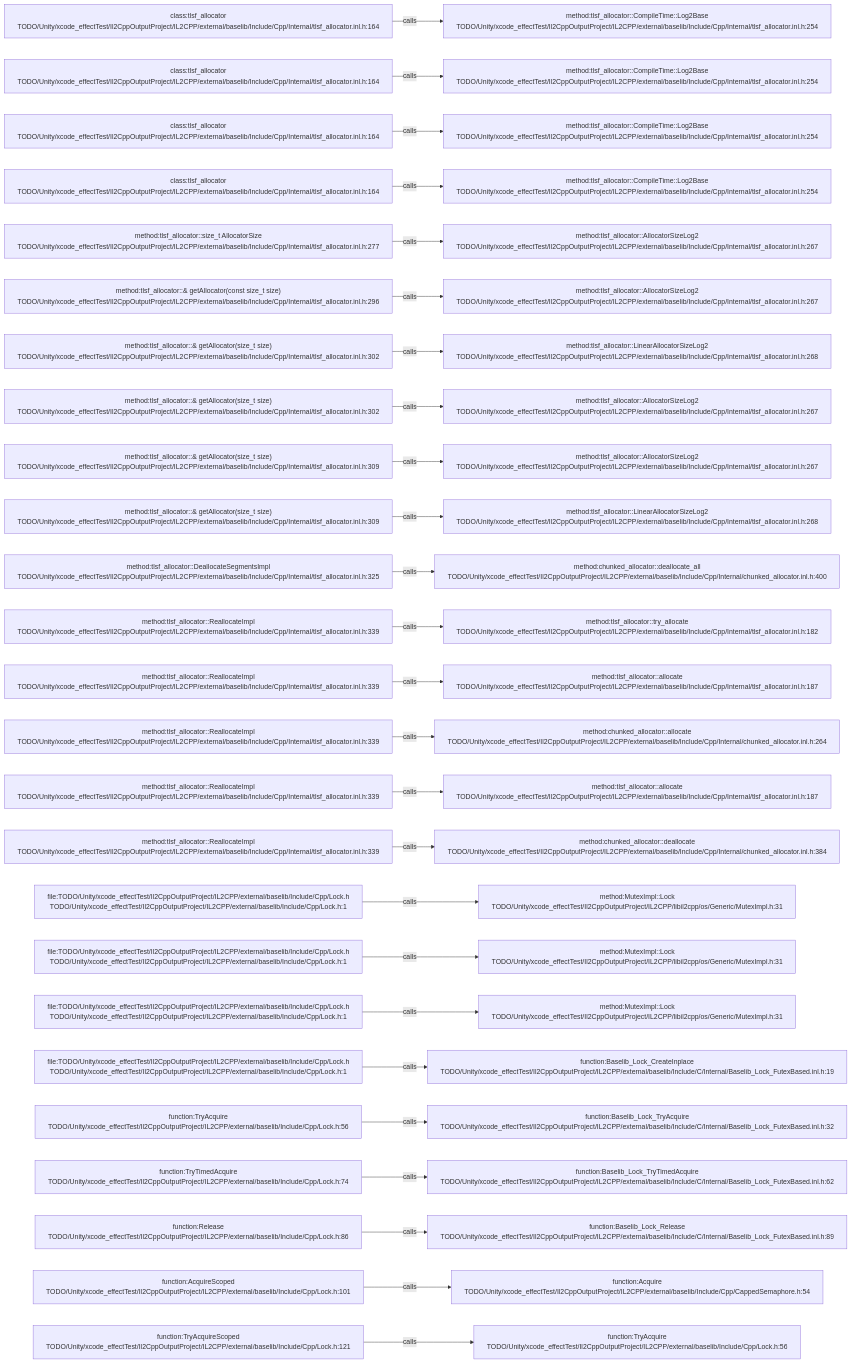
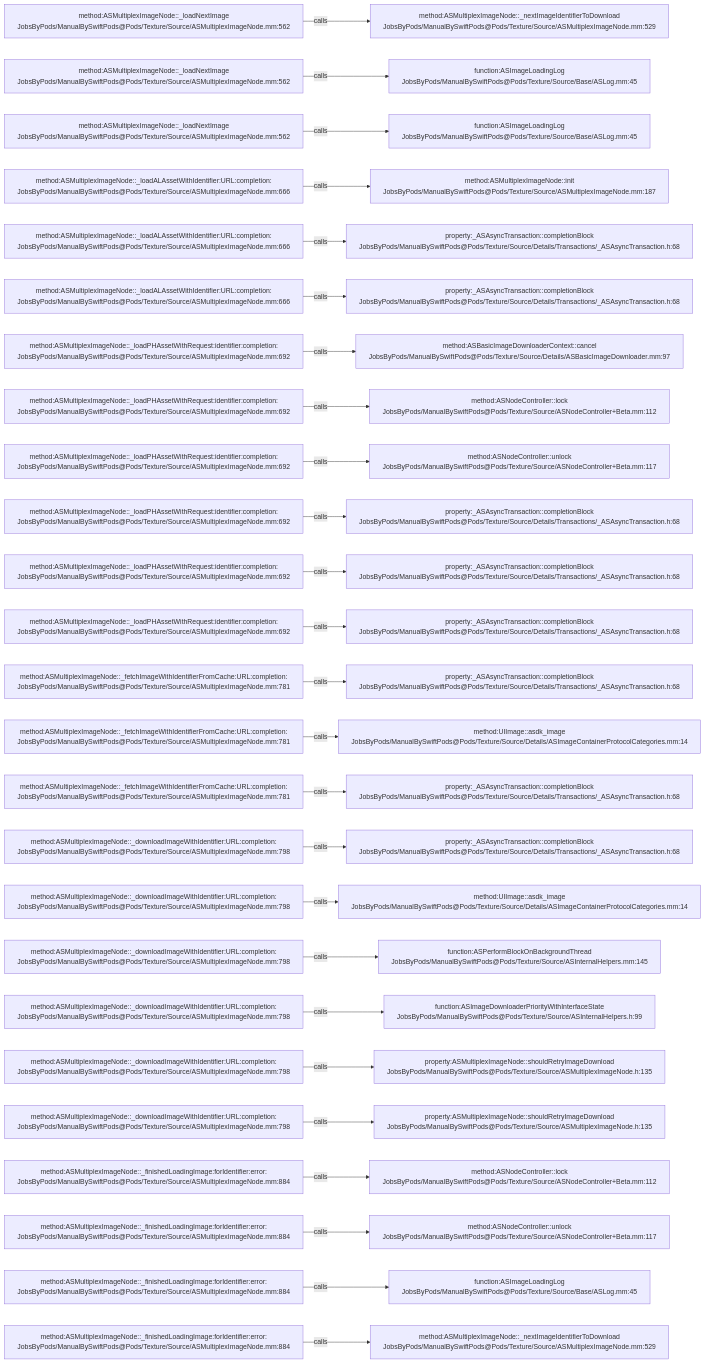
One commit to JobsKits/JobsSwiftBaseConfigDemo changed the diagram in .codegraph/codegraph.md/graphs/calls-067.md. Above: the diagram before and after it, drawn with Mermaid. The commit also changed 2959 other files, not shown here.

````diff
--- a/.codegraph/codegraph.md/graphs/calls-067.md
+++ b/.codegraph/codegraph.md/graphs/calls-067.md
@@ -13,78 +13,78 @@
 ```mermaid
 flowchart LR
-  S1["class:tlsf_allocator<br/>TODO/Unity/xcode_effectTest/Il2CppOutputProject/IL2CPP/external/baselib/Include/Cpp/Internal/tlsf_allocator.inl.h:164"]
-  T1["method:tlsf_allocator::CompileTime::Log2Base<br/>TODO/Unity/xcode_effectTest/Il2CppOutputProject/IL2CPP/external/baselib/Include/Cpp/Internal/tlsf_allocator.inl.h:254"]
+  S1["method:ASMultiplexImageNode::_loadNextImage<br/>JobsByPods/ManualBySwiftPods@Pods/Texture/Source/ASMultiplexImageNode.mm:562"]
+  T1["method:ASMultiplexImageNode::_nextImageIdentifierToDownload<br/>JobsByPods/ManualBySwiftPods@Pods/Texture/Source/ASMultiplexImageNode.mm:529"]
   S1 -->|calls| T1
-  S2["class:tlsf_allocator<br/>TODO/Unity/xcode_effectTest/Il2CppOutputProject/IL2CPP/external/baselib/Include/Cpp/Internal/tlsf_allocator.inl.h:164"]
-  T2["method:tlsf_allocator::CompileTime::Log2Base<br/>TODO/Unity/xcode_effectTest/Il2CppOutputProject/IL2CPP/external/baselib/Include/Cpp/Internal/tlsf_allocator.inl.h:254"]
+  S2["method:ASMultiplexImageNode::_loadNextImage<br/>JobsByPods/ManualBySwiftPods@Pods/Texture/Source/ASMultiplexImageNode.mm:562"]
+  T2["function:ASImageLoadingLog<br/>JobsByPods/ManualBySwiftPods@Pods/Texture/Source/Base/ASLog.mm:45"]
   S2 -->|calls| T2
-  S3["class:tlsf_allocator<br/>TODO/Unity/xcode_effectTest/Il2CppOutputProject/IL2CPP/external/baselib/Include/Cpp/Internal/tlsf_allocator.inl.h:164"]
-  T3["method:tlsf_allocator::CompileTime::Log2Base<br/>TODO/Unity/xcode_effectTest/Il2CppOutputProject/IL2CPP/external/baselib/Include/Cpp/Internal/tlsf_allocator.inl.h:254"]
+  S3["method:ASMultiplexImageNode::_loadNextImage<br/>JobsByPods/ManualBySwiftPods@Pods/Texture/Source/ASMultiplexImageNode.mm:562"]
+  T3["function:ASImageLoadingLog<br/>JobsByPods/ManualBySwiftPods@Pods/Texture/Source/Base/ASLog.mm:45"]
   S3 -->|calls| T3
-  S4["class:tlsf_allocator<br/>TODO/Unity/xcode_effectTest/Il2CppOutputProject/IL2CPP/external/baselib/Include/Cpp/Internal/tlsf_allocator.inl.h:164"]
-  T4["method:tlsf_allocator::CompileTime::Log2Base<br/>TODO/Unity/xcode_effectTest/Il2CppOutputProject/IL2CPP/external/baselib/Include/Cpp/Internal/tlsf_allocator.inl.h:254"]
+  S4["method:ASMultiplexImageNode::_loadALAssetWithIdentifier:URL:completion:<br/>JobsByPods/ManualBySwiftPods@Pods/Texture/Source/ASMultiplexImageNode.mm:666"]
+  T4["method:ASMultiplexImageNode::init<br/>JobsByPods/ManualBySwiftPods@Pods/Texture/Source/ASMultiplexImageNode.mm:187"]
   S4 -->|calls| T4
-  S5["method:tlsf_allocator::size_t AllocatorSize<br/>TODO/Unity/xcode_effectTest/Il2CppOutputProject/IL2CPP/external/baselib/Include/Cpp/Internal/tlsf_allocator.inl.h:277"]
-  T5["method:tlsf_allocator::AllocatorSizeLog2<br/>TODO/Unity/xcode_effectTest/Il2CppOutputProject/IL2CPP/external/baselib/Include/Cpp/Internal/tlsf_allocator.inl.h:267"]
+  S5["method:ASMultiplexImageNode::_loadALAssetWithIdentifier:URL:completion:<br/>JobsByPods/ManualBySwiftPods@Pods/Texture/Source/ASMultiplexImageNode.mm:666"]
+  T5["property:_ASAsyncTransaction::completionBlock<br/>JobsByPods/ManualBySwiftPods@Pods/Texture/Source/Details/Transactions/_ASAsyncTransaction.h:68"]
   S5 -->|calls| T5
-  S6["method:tlsf_allocator::& getAllocator(const size_t size)<br/>TODO/Unity/xcode_effectTest/Il2CppOutputProject/IL2CPP/external/baselib/Include/Cpp/Internal/tlsf_allocator.inl.h:296"]
-  T6["method:tlsf_allocator::AllocatorSizeLog2<br/>TODO/Unity/xcode_effectTest/Il2CppOutputProject/IL2CPP/external/baselib/Include/Cpp/Internal/tlsf_allocator.inl.h:267"]
+  S6["method:ASMultiplexImageNode::_loadALAssetWithIdentifier:URL:completion:<br/>JobsByPods/ManualBySwiftPods@Pods/Texture/Source/ASMultiplexImageNode.mm:666"]
+  T6["property:_ASAsyncTransaction::completionBlock<br/>JobsByPods/ManualBySwiftPods@Pods/Texture/Source/Details/Transactions/_ASAsyncTransaction.h:68"]
   S6 -->|calls| T6
-  S7["method:tlsf_allocator::& getAllocator(size_t size)<br/>TODO/Unity/xcode_effectTest/Il2CppOutputProject/IL2CPP/external/baselib/Include/Cpp/Internal/tlsf_allocator.inl.h:302"]
-  T7["method:tlsf_allocator::LinearAllocatorSizeLog2<br/>TODO/Unity/xcode_effectTest/Il2CppOutputProject/IL2CPP/external/baselib/Include/Cpp/Internal/tlsf_allocator.inl.h:268"]
+  S7["method:ASMultiplexImageNode::_loadPHAssetWithRequest:identifier:completion:<br/>JobsByPods/ManualBySwiftPods@Pods/Texture/Source/ASMultiplexImageNode.mm:692"]
+  T7["method:ASBasicImageDownloaderContext::cancel<br/>JobsByPods/ManualBySwiftPods@Pods/Texture/Source/Details/ASBasicImageDownloader.mm:97"]
   S7 -->|calls| T7
-  S8["method:tlsf_allocator::& getAllocator(size_t size)<br/>TODO/Unity/xcode_effectTest/Il2CppOutputProject/IL2CPP/external/baselib/Include/Cpp/Internal/tlsf_allocator.inl.h:302"]
-  T8["method:tlsf_allocator::AllocatorSizeLog2<br/>TODO/Unity/xcode_effectTest/Il2CppOutputProject/IL2CPP/external/baselib/Include/Cpp/Internal/tlsf_allocator.inl.h:267"]
+  S8["method:ASMultiplexImageNode::_loadPHAssetWithRequest:identifier:completion:<br/>JobsByPods/ManualBySwiftPods@Pods/Texture/Source/ASMultiplexImageNode.mm:692"]
+  T8["method:ASNodeController::lock<br/>JobsByPods/ManualBySwiftPods@Pods/Texture/Source/ASNodeController+Beta.mm:112"]
   S8 -->|calls| T8
-  S9["method:tlsf_allocator::& getAllocator(size_t size)<br/>TODO/Unity/xcode_effectTest/Il2CppOutputProject/IL2CPP/external/baselib/Include/Cpp/Internal/tlsf_allocator.inl.h:309"]
-  T9["method:tlsf_allocator::AllocatorSizeLog2<br/>TODO/Unity/xcode_effectTest/Il2CppOutputProject/IL2CPP/external/baselib/Include/Cpp/Internal/tlsf_allocator.inl.h:267"]
+  S9["method:ASMultiplexImageNode::_loadPHAssetWithRequest:identifier:completion:<br/>JobsByPods/ManualBySwiftPods@Pods/Texture/Source/ASMultiplexImageNode.mm:692"]
+  T9["method:ASNodeController::unlock<br/>JobsByPods/ManualBySwiftPods@Pods/Texture/Source/ASNodeController+Beta.mm:117"]
   S9 -->|calls| T9
-  S10["method:tlsf_allocator::& getAllocator(size_t size)<br/>TODO/Unity/xcode_effectTest/Il2CppOutputProject/IL2CPP/external/baselib/Include/Cpp/Internal/tlsf_allocator.inl.h:309"]
-  T10["method:tlsf_allocator::LinearAllocatorSizeLog2<br/>TODO/Unity/xcode_effectTest/Il2CppOutputProject/IL2CPP/external/baselib/Include/Cpp/Internal/tlsf_allocator.inl.h:268"]
+  S10["method:ASMultiplexImageNode::_loadPHAssetWithRequest:identifier:completion:<br/>JobsByPods/ManualBySwiftPods@Pods/Texture/Source/ASMultiplexImageNode.mm:692"]
+  T10["property:_ASAsyncTransaction::completionBlock<br/>JobsByPods/ManualBySwiftPods@Pods/Texture/Source/Details/Transactions/_ASAsyncTransaction.h:68"]
   S10 -->|calls| T10
-  S11["method:tlsf_allocator::DeallocateSegmentsImpl<br/>TODO/Unity/xcode_effectTest/Il2CppOutputProject/IL2CPP/external/baselib/Include/Cpp/Internal/tlsf_allocator.inl.h:325"]
-  T11["method:chunked_allocator::deallocate_all<br/>TODO/Unity/xcode_effectTest/Il2CppOutputProject/IL2CPP/external/baselib/Include/Cpp/Internal/chunked_allocator.inl.h:400"]
+  S11["method:ASMultiplexImageNode::_loadPHAssetWithRequest:identifier:completion:<br/>JobsByPods/ManualBySwiftPods@Pods/Texture/Source/ASMultiplexImageNode.mm:692"]
+  T11["property:_ASAsyncTransaction::completionBlock<br/>JobsByPods/ManualBySwiftPods@Pods/Texture/Source/Details/Transactions/_ASAsyncTransaction.h:68"]
   S11 -->|calls| T11
-  S12["method:tlsf_allocator::ReallocateImpl<br/>TODO/Unity/xcode_effectTest/Il2CppOutputProject/IL2CPP/external/baselib/Include/Cpp/Internal/tlsf_allocator.inl.h:339"]
-  T12["method:tlsf_allocator::try_allocate<br/>TODO/Unity/xcode_effectTest/Il2CppOutputProject/IL2CPP/external/baselib/Include/Cpp/Internal/tlsf_allocator.inl.h:182"]
+  S12["method:ASMultiplexImageNode::_loadPHAssetWithRequest:identifier:completion:<br/>JobsByPods/ManualBySwiftPods@Pods/Texture/Source/ASMultiplexImageNode.mm:692"]
+  T12["property:_ASAsyncTransaction::completionBlock<br/>JobsByPods/ManualBySwiftPods@Pods/Texture/Source/Details/Transactions/_ASAsyncTransaction.h:68"]
   S12 -->|calls| T12
-  S13["method:tlsf_allocator::ReallocateImpl<br/>TODO/Unity/xcode_effectTest/Il2CppOutputProject/IL2CPP/external/baselib/Include/Cpp/Internal/tlsf_allocator.inl.h:339"]
-  T13["method:tlsf_allocator::allocate<br/>TODO/Unity/xcode_effectTest/Il2CppOutputProject/IL2CPP/external/baselib/Include/Cpp/Internal/tlsf_allocator.inl.h:187"]
+  S13["method:ASMultiplexImageNode::_fetchImageWithIdentifierFromCache:URL:completion:<br/>JobsByPods/ManualBySwiftPods@Pods/Texture/Source/ASMultiplexImageNode.mm:781"]
+  T13["property:_ASAsyncTransaction::completionBlock<br/>JobsByPods/ManualBySwiftPods@Pods/Texture/Source/Details/Transactions/_ASAsyncTransaction.h:68"]
   S13 -->|calls| T13
-  S14["method:tlsf_allocator::ReallocateImpl<br/>TODO/Unity/xcode_effectTest/Il2CppOutputProject/IL2CPP/external/baselib/Include/Cpp/Internal/tlsf_allocator.inl.h:339"]
-  T14["method:chunked_allocator::allocate<br/>TODO/Unity/xcode_effectTest/Il2CppOutputProject/IL2CPP/external/baselib/Include/Cpp/Internal/chunked_allocator.inl.h:264"]
+  S14["method:ASMultiplexImageNode::_fetchImageWithIdentifierFromCache:URL:completion:<br/>JobsByPods/ManualBySwiftPods@Pods/Texture/Source/ASMultiplexImageNode.mm:781"]
+  T14["method:UIImage::asdk_image<br/>JobsByPods/ManualBySwiftPods@Pods/Texture/Source/Details/ASImageContainerProtocolCategories.mm:14"]
   S14 -->|calls| T14
-  S15["method:tlsf_allocator::ReallocateImpl<br/>TODO/Unity/xcode_effectTest/Il2CppOutputProject/IL2CPP/external/baselib/Include/Cpp/Internal/tlsf_allocator.inl.h:339"]
-  T15["method:tlsf_allocator::allocate<br/>TODO/Unity/xcode_effectTest/Il2CppOutputProject/IL2CPP/external/baselib/Include/Cpp/Internal/tlsf_allocator.inl.h:187"]
+  S15["method:ASMultiplexImageNode::_fetchImageWithIdentifierFromCache:URL:completion:<br/>JobsByPods/ManualBySwiftPods@Pods/Texture/Source/ASMultiplexImageNode.mm:781"]
+  T15["property:_ASAsyncTransaction::completionBlock<br/>JobsByPods/ManualBySwiftPods@Pods/Texture/Source/Details/Transactions/_ASAsyncTransaction.h:68"]
   S15 -->|calls| T15
-  S16["method:tlsf_allocator::ReallocateImpl<br/>TODO/Unity/xcode_effectTest/Il2CppOutputProject/IL2CPP/external/baselib/Include/Cpp/Internal/tlsf_allocator.inl.h:339"]
-  T16["method:chunked_allocator::deallocate<br/>TODO/Unity/xcode_effectTest/Il2CppOutputProject/IL2CPP/external/baselib/Include/Cpp/Internal/chunked_allocator.inl.h:384"]
+  S16["method:ASMultiplexImageNode::_downloadImageWithIdentifier:URL:completion:<br/>JobsByPods/ManualBySwiftPods@Pods/Texture/Source/ASMultiplexImageNode.mm:798"]
+  T16["property:_ASAsyncTransaction::completionBlock<br/>JobsByPods/ManualBySwiftPods@Pods/Texture/Source/Details/Transactions/_ASAsyncTransaction.h:68"]
   S16 -->|calls| T16
-  S17["file:TODO/Unity/xcode_effectTest/Il2CppOutputProject/IL2CPP/external/baselib/Include/Cpp/Lock.h<br/>TODO/Unity/xcode_effectTest/Il2CppOutputProject/IL2CPP/external/baselib/Include/Cpp/Lock.h:1"]
-  T17["method:MutexImpl::Lock<br/>TODO/Unity/xcode_effectTest/Il2CppOutputProject/IL2CPP/libil2cpp/os/Generic/MutexImpl.h:31"]
+  S17["method:ASMultiplexImageNode::_downloadImageWithIdentifier:URL:completion:<br/>JobsByPods/ManualBySwiftPods@Pods/Texture/Source/ASMultiplexImageNode.mm:798"]
+  T17["method:UIImage::asdk_image<br/>JobsByPods/ManualBySwiftPods@Pods/Texture/Source/Details/ASImageContainerProtocolCategories.mm:14"]
   S17 -->|calls| T17
-  S18["file:TODO/Unity/xcode_effectTest/Il2CppOutputProject/IL2CPP/external/baselib/Include/Cpp/Lock.h<br/>TODO/Unity/xcode_effectTest/Il2CppOutputProject/IL2CPP/external/baselib/Include/Cpp/Lock.h:1"]
-  T18["method:MutexImpl::Lock<br/>TODO/Unity/xcode_effectTest/Il2CppOutputProject/IL2CPP/libil2cpp/os/Generic/MutexImpl.h:31"]
+  S18["method:ASMultiplexImageNode::_downloadImageWithIdentifier:URL:completion:<br/>JobsByPods/ManualBySwiftPods@Pods/Texture/Source/ASMultiplexImageNode.mm:798"]
+  T18["function:ASPerformBlockOnBackgroundThread<br/>JobsByPods/ManualBySwiftPods@Pods/Texture/Source/ASInternalHelpers.mm:145"]
   S18 -->|calls| T18
-  S19["file:TODO/Unity/xcode_effectTest/Il2CppOutputProject/IL2CPP/external/baselib/Include/Cpp/Lock.h<br/>TODO/Unity/xcode_effectTest/Il2CppOutputProject/IL2CPP/external/baselib/Include/Cpp/Lock.h:1"]
-  T19["method:MutexImpl::Lock<br/>TODO/Unity/xcode_effectTest/Il2CppOutputProject/IL2CPP/libil2cpp/os/Generic/MutexImpl.h:31"]
+  S19["method:ASMultiplexImageNode::_downloadImageWithIdentifier:URL:completion:<br/>JobsByPods/ManualBySwiftPods@Pods/Texture/Source/ASMultiplexImageNode.mm:798"]
+  T19["function:ASImageDownloaderPriorityWithInterfaceState<br/>JobsByPods/ManualBySwiftPods@Pods/Texture/Source/ASInternalHelpers.h:99"]
   S19 -->|calls| T19
-  S20["file:TODO/Unity/xcode_effectTest/Il2CppOutputProject/IL2CPP/external/baselib/Include/Cpp/Lock.h<br/>TODO/Unity/xcode_effectTest/Il2CppOutputProject/IL2CPP/external/baselib/Include/Cpp/Lock.h:1"]
-  T20["function:Baselib_Lock_CreateInplace<br/>TODO/Unity/xcode_effectTest/Il2CppOutputProject/IL2CPP/external/baselib/Include/C/Internal/Baselib_Lock_FutexBased.inl.h:19"]
+  S20["method:ASMultiplexImageNode::_downloadImageWithIdentifier:URL:completion:<br/>JobsByPods/ManualBySwiftPods@Pods/Texture/Source/ASMultiplexImageNode.mm:798"]
+  T20["property:ASMultiplexImageNode::shouldRetryImageDownload<br/>JobsByPods/ManualBySwiftPods@Pods/Texture/Source/ASMultiplexImageNode.h:135"]
   S20 -->|calls| T20
-  S21["function:TryAcquire<br/>TODO/Unity/xcode_effectTest/Il2CppOutputProject/IL2CPP/external/baselib/Include/Cpp/Lock.h:56"]
-  T21["function:Baselib_Lock_TryAcquire<br/>TODO/Unity/xcode_effectTest/Il2CppOutputProject/IL2CPP/external/baselib/Include/C/Internal/Baselib_Lock_FutexBased.inl.h:32"]
+  S21["method:ASMultiplexImageNode::_downloadImageWithIdentifier:URL:completion:<br/>JobsByPods/ManualBySwiftPods@Pods/Texture/Source/ASMultiplexImageNode.mm:798"]
+  T21["property:ASMultiplexImageNode::shouldRetryImageDownload<br/>JobsByPods/ManualBySwiftPods@Pods/Texture/Source/ASMultiplexImageNode.h:135"]
   S21 -->|calls| T21
-  S22["function:TryTimedAcquire<br/>TODO/Unity/xcode_effectTest/Il2CppOutputProject/IL2CPP/external/baselib/Include/Cpp/Lock.h:74"]
-  T22["function:Baselib_Lock_TryTimedAcquire<br/>TODO/Unity/xcode_effectTest/Il2CppOutputProject/IL2CPP/external/baselib/Include/C/Internal/Baselib_Lock_FutexBased.inl.h:62"]
+  S22["method:ASMultiplexImageNode::_finishedLoadingImage:forIdentifier:error:<br/>JobsByPods/ManualBySwiftPods@Pods/Texture/Source/ASMultiplexImageNode.mm:884"]
+  T22["method:ASNodeController::lock<br/>JobsByPods/ManualBySwiftPods@Pods/Texture/Source/ASNodeController+Beta.mm:112"]
   S22 -->|calls| T22
-  S23["function:Release<br/>TODO/Unity/xcode_effectTest/Il2CppOutputProject/IL2CPP/external/baselib/Include/Cpp/Lock.h:86"]
-  T23["function:Baselib_Lock_Release<br/>TODO/Unity/xcode_effectTest/Il2CppOutputProject/IL2CPP/external/baselib/Include/C/Internal/Baselib_Lock_FutexBased.inl.h:89"]
+  S23["method:ASMultiplexImageNode::_finishedLoadingImage:forIdentifier:error:<br/>JobsByPods/ManualBySwiftPods@Pods/Texture/Source/ASMultiplexImageNode.mm:884"]
+  T23["method:ASNodeController::unlock<br/>JobsByPods/ManualBySwiftPods@Pods/Texture/Source/ASNodeController+Beta.mm:117"]
   S23 -->|calls| T23
-  S24["function:AcquireScoped<br/>TODO/Unity/xcode_effectTest/Il2CppOutputProject/IL2CPP/external/baselib/Include/Cpp/Lock.h:101"]
-  T24["function:Acquire<br/>TODO/Unity/xcode_effectTest/Il2CppOutputProject/IL2CPP/external/baselib/Include/Cpp/CappedSemaphore.h:54"]
+  S24["method:ASMultiplexImageNode::_finishedLoadingImage:forIdentifier:error:<br/>JobsByPods/ManualBySwiftPods@Pods/Texture/Source/ASMultiplexImageNode.mm:884"]
+  T24["function:ASImageLoadingLog<br/>JobsByPods/ManualBySwiftPods@Pods/Texture/Source/Base/ASLog.mm:45"]
   S24 -->|calls| T24
-  S25["function:TryAcquireScoped<br/>TODO/Unity/xcode_effectTest/Il2CppOutputProject/IL2CPP/external/baselib/Include/Cpp/Lock.h:121"]
-  T25["function:TryAcquire<br/>TODO/Unity/xcode_effectTest/Il2CppOutputProject/IL2CPP/external/baselib/Include/Cpp/Lock.h:56"]
+  S25["method:ASMultiplexImageNode::_finishedLoadingImage:forIdentifier:error:<br/>JobsByPods/ManualBySwiftPods@Pods/Texture/Source/ASMultiplexImageNode.mm:884"]
+  T25["method:ASMultiplexImageNode::_nextImageIdentifierToDownload<br/>JobsByPods/ManualBySwiftPods@Pods/Texture/Source/ASMultiplexImageNode.mm:529"]
   S25 -->|calls| T25
 ```
````
